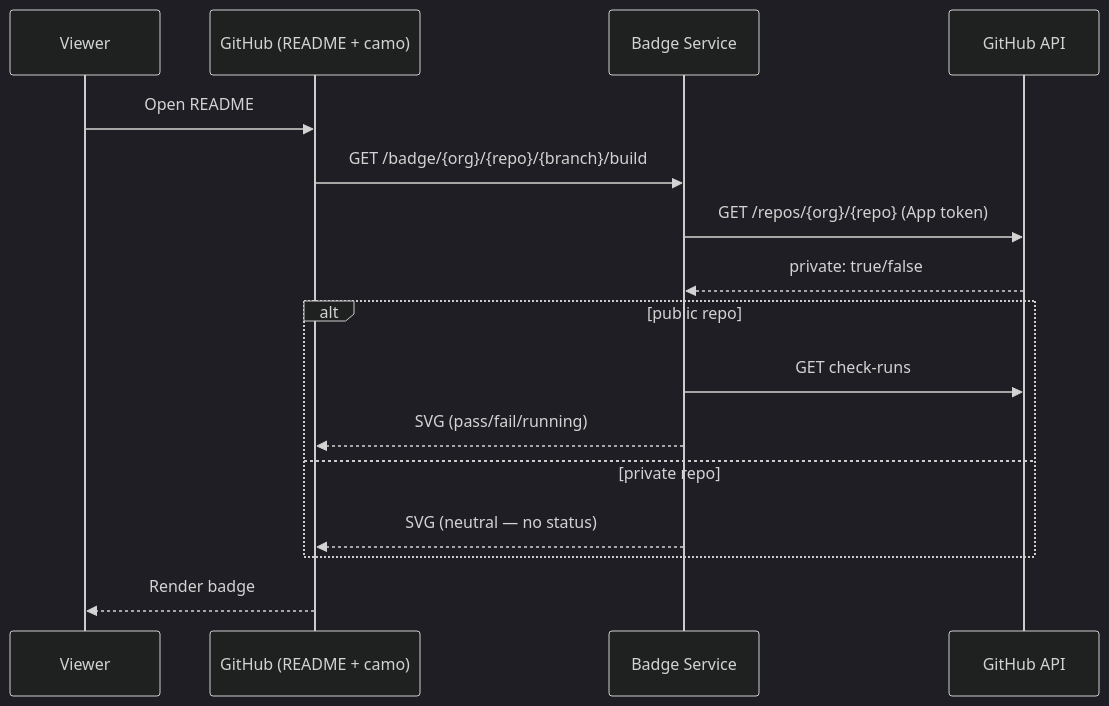
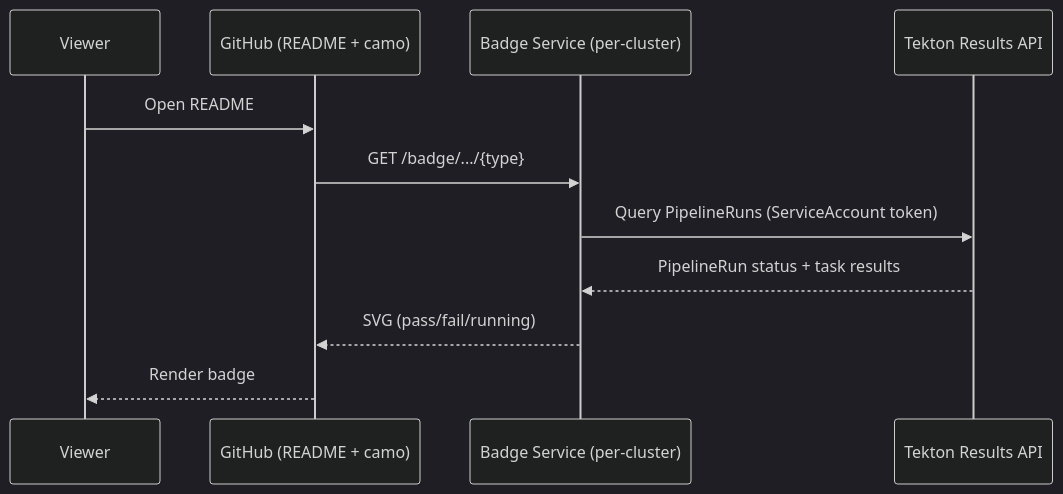
The diagram in ADR/0073-readme-status-badges.md (Shiri-sh/architecture), drawn with Mermaid (dark theme) before and after one commit. The commit also changed other lines of this file and 1 other file, not shown here.

Commit message:
docs(ADR): switch badge service from GitHub API to cluster data via Tekton Results

````diff
--- a/ADR/0073-readme-status-badges.md
+++ b/ADR/0073-readme-status-badges.md
@@ -55,19 +51,14 @@
 ```mermaid
 sequenceDiagram
     participant Viewer
     participant GH as GitHub (README + camo)
-    participant Badge as Badge Service
-    participant GHAPI as GitHub API
+    participant Badge as Badge Service (per-cluster)
+    participant TR as Tekton Results API
 
     Viewer->>GH: Open README
-    GH->>Badge: GET /badge/{org}/{repo}/{branch}/build
-    Badge->>GHAPI: GET /repos/{org}/{repo} (App token)
-    GHAPI-->>Badge: private: true/false
-    alt public repo
-        Badge->>GHAPI: GET check-runs
-        Badge-->>GH: SVG (pass/fail/running)
-    else private repo
-        Badge-->>GH: SVG (neutral — no status)
-    end
+    GH->>Badge: GET /badge/.../{type}
+    Badge->>TR: Query PipelineRuns (ServiceAccount token)
+    TR-->>Badge: PipelineRun status + task results
+    Badge-->>GH: SVG (pass/fail/running)
     GH-->>Viewer: Render badge
 ```
````
